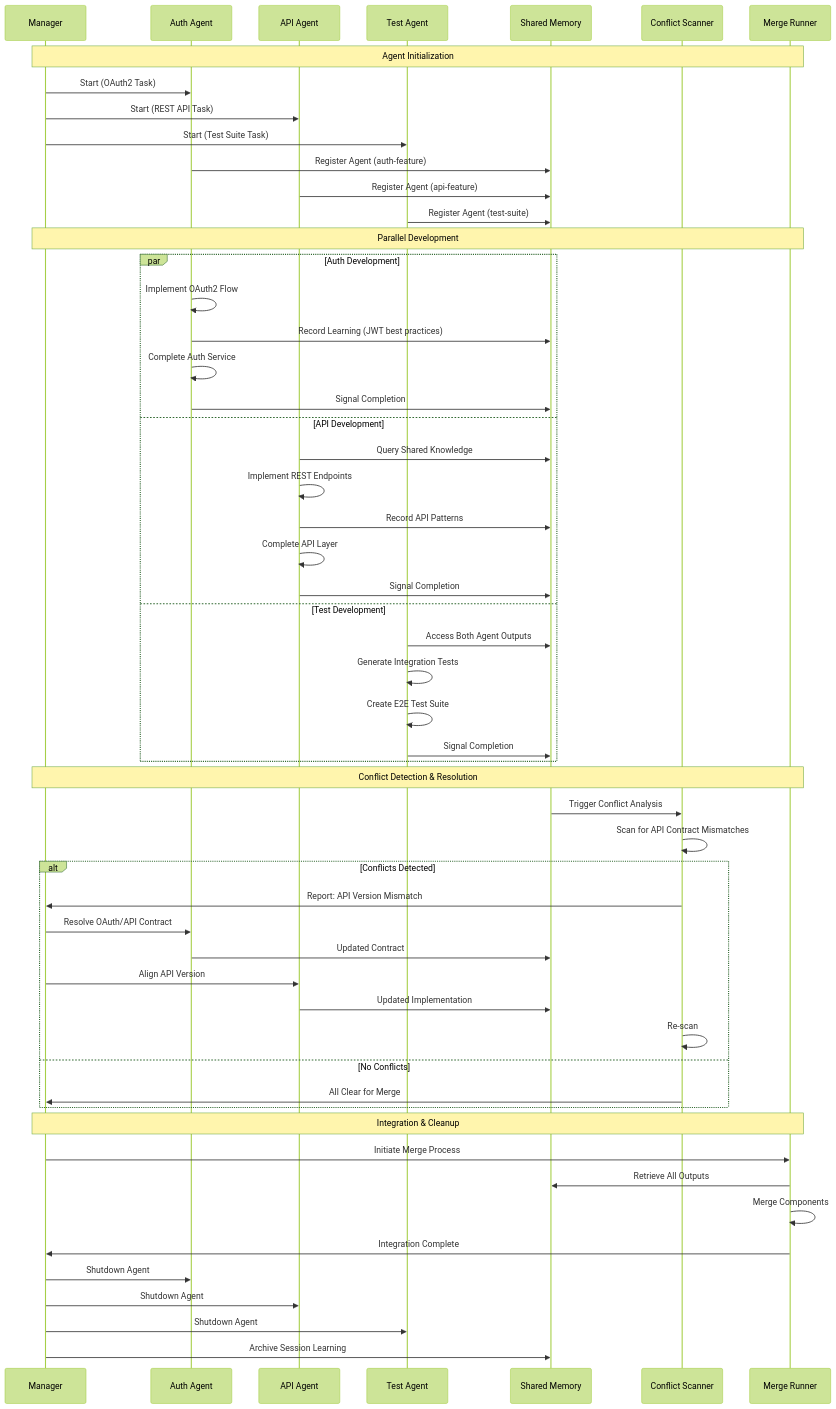
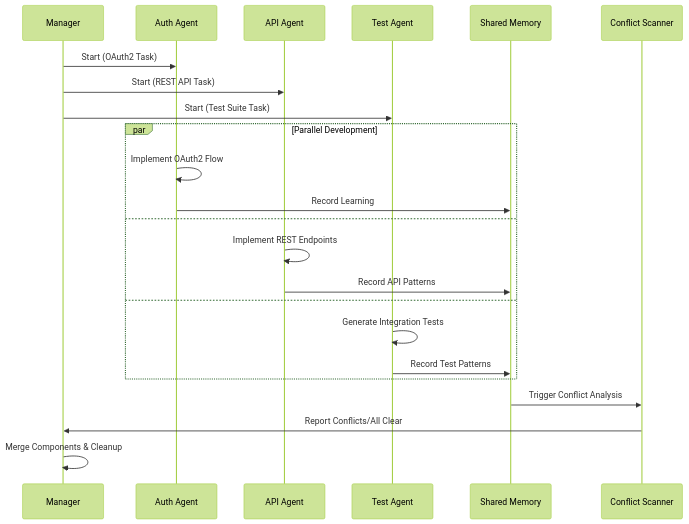
One commit to PaulDuvall/ai-development-patterns changed the eighth of 10 diagrams in README.md. Above: the diagram before and after it, drawn with Mermaid (forest theme). The commit also changed other lines of this file, not shown here.

````diff
--- a/README.md
+++ b/README.md
@@ -1053,61 +962,28 @@
 ```mermaid
 sequenceDiagram
     participant M as Manager
     participant A1 as Auth Agent
     participant A2 as API Agent  
     participant A3 as Test Agent
     participant SM as Shared Memory
     participant CS as Conflict Scanner
-    participant MR as Merge Runner
     
-    Note over M,MR: Agent Initialization
     M->>A1: Start (OAuth2 Task)
     M->>A2: Start (REST API Task)
     M->>A3: Start (Test Suite Task)
-    A1->>SM: Register Agent (auth-feature)
-    A2->>SM: Register Agent (api-feature)
-    A3->>SM: Register Agent (test-suite)
     
-    Note over M,MR: Parallel Development
-    par Auth Development
+    par Parallel Development
         A1->>A1: Implement OAuth2 Flow
-        A1->>SM: Record Learning (JWT best practices)
-        A1->>A1: Complete Auth Service
-        A1->>SM: Signal Completion
-    and API Development
-        A2->>SM: Query Shared Knowledge
+        A1->>SM: Record Learning
+    and
         A2->>A2: Implement REST Endpoints
         A2->>SM: Record API Patterns
-        A2->>A2: Complete API Layer
-        A2->>SM: Signal Completion
-    and Test Development
-        A3->>SM: Access Both Agent Outputs
+    and
         A3->>A3: Generate Integration Tests
-        A3->>A3: Create E2E Test Suite
-        A3->>SM: Signal Completion
+        A3->>SM: Record Test Patterns
     end
     
-    Note over M,MR: Conflict Detection & Resolution
     SM->>CS: Trigger Conflict Analysis
-    CS->>CS: Scan for API Contract Mismatches
-    alt Conflicts Detected
-        CS->>M: Report: API Version Mismatch
-        M->>A1: Resolve OAuth/API Contract
-        A1->>SM: Updated Contract
-        M->>A2: Align API Version
-        A2->>SM: Updated Implementation
-        CS->>CS: Re-scan
-    else No Conflicts
-        CS->>M: All Clear for Merge
-    end
-    
-    Note over M,MR: Integration & Cleanup
-    M->>MR: Initiate Merge Process
-    MR->>SM: Retrieve All Outputs
-    MR->>MR: Merge Components
-    MR->>M: Integration Complete
-    M->>A1: Shutdown Agent
-    M->>A2: Shutdown Agent
-    M->>A3: Shutdown Agent
-    M->>SM: Archive Session Learning
+    CS->>M: Report Conflicts/All Clear
+    M->>M: Merge Components & Cleanup
 ```
````
